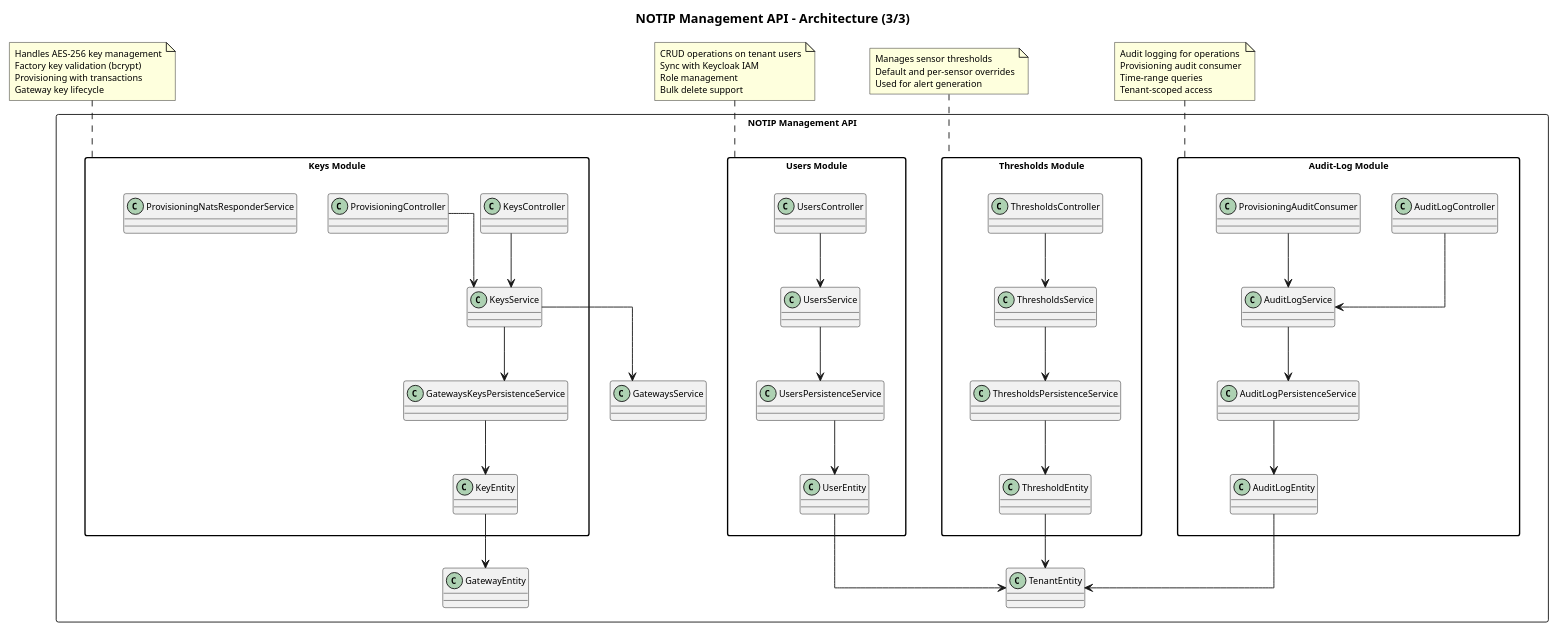
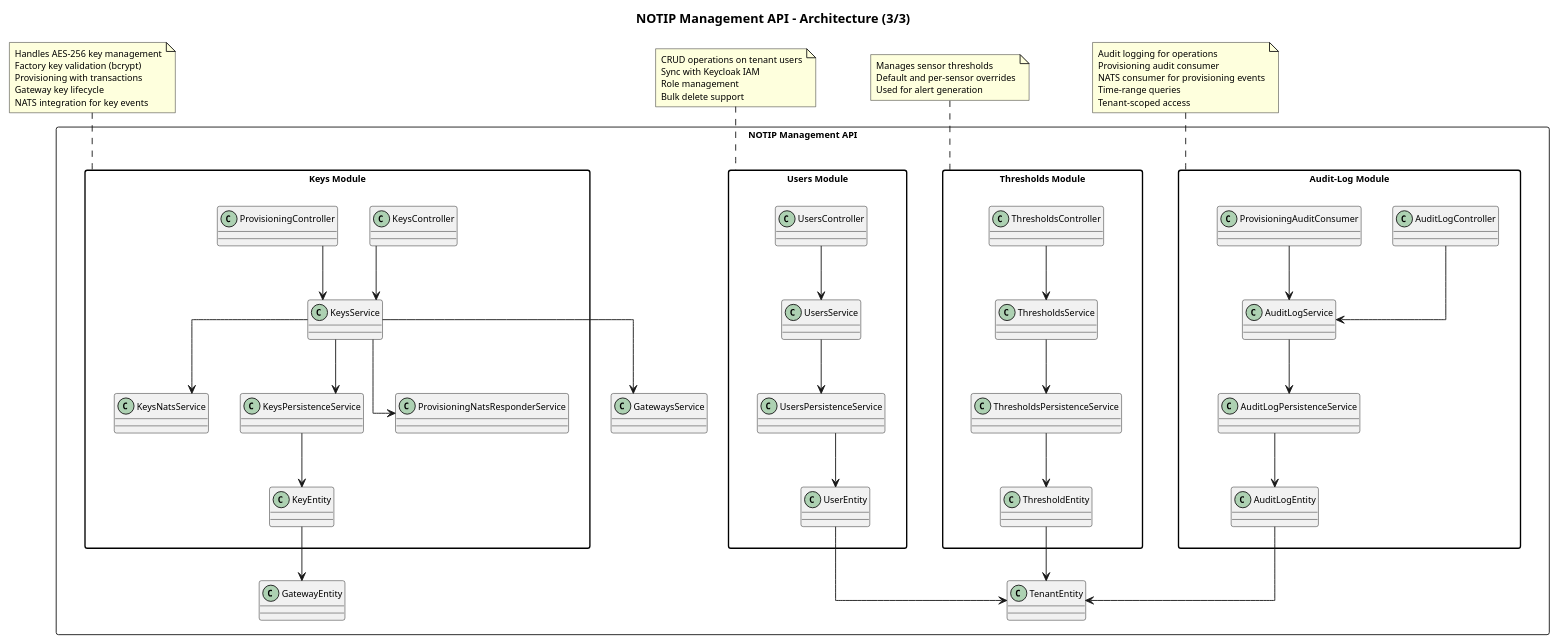
Before and after one commit to NoTIPswe/RepoDocumentale: the diagram in docs/13-pb/docest/specifica_tecnica_management_api/assets/01-app-architecture-part3.puml, drawn with PlantUML. The commit also changed 7 other files, not shown here.

Commit message:
fix: immagini diagrammi

```diff
--- a/docs/13-pb/docest/specifica_tecnica_management_api/assets/01-app-architecture-part3.puml
+++ b/docs/13-pb/docest/specifica_tecnica_management_api/assets/01-app-architecture-part3.puml
@@ -1,97 +1,102 @@
 @startuml
 title NOTIP Management API - Architecture (3/3)
 
 skinparam backgroundColor #FFFFFF
 skinparam defaultFontSize 10
 skinparam defaultFontColor #000000
 skinparam linetype ortho
 skinparam packageStyle rectangle
 
 package "NOTIP Management API" <<Rectangle>> {
   package "Keys Module" as KeysModule {
     class "KeysController" as KeysController
     class "ProvisioningController" as ProvisioningController
     class "KeysService" as KeysService
-    class "GatewaysKeysPersistenceService" as GatewaysKeysPersistenceService
+    class "KeysNatsService" as KeysNatsService
+    class "KeysPersistenceService" as KeysPersistenceService
     class "ProvisioningNatsResponderService" as ProvisioningNatsResponderService
     class "KeyEntity" as KeyEntity
   }
 
   package "Users Module" as UsersModule {
     class "UsersController" as UsersController
     class "UsersService" as UsersService
     class "UsersPersistenceService" as UsersPersistenceService
     class "UserEntity" as UserEntity
   }
 
   package "Thresholds Module" as ThresholdsModule {
     class "ThresholdsController" as ThresholdsController
     class "ThresholdsService" as ThresholdsService
     class "ThresholdsPersistenceService" as ThresholdsPersistenceService
     class "ThresholdEntity" as ThresholdEntity
   }
 
   package "Audit-Log Module" as AuditLogModule {
     class "AuditLogController" as AuditLogController
     class "AuditLogService" as AuditLogService
     class "AuditLogPersistenceService" as AuditLogPersistenceService
     class "ProvisioningAuditConsumer" as ProvisioningAuditConsumer
     class "AuditLogEntity" as AuditLogEntity
   }
 
   ' Keys relationships
   KeysController --> KeysService
   ProvisioningController --> KeysService
-  KeysService --> GatewaysKeysPersistenceService
+  KeysService --> KeysPersistenceService
+  KeysService --> KeysNatsService
+  KeysService --> ProvisioningNatsResponderService
   KeysService --> GatewaysService
-  GatewaysKeysPersistenceService --> KeyEntity
+  KeysPersistenceService --> KeyEntity
   KeyEntity --> GatewayEntity
 
   ' Users relationships
   UsersController --> UsersService
   UsersService --> UsersPersistenceService
   UsersPersistenceService --> UserEntity
   UserEntity --> TenantEntity
 
   ' Thresholds relationships
   ThresholdsController --> ThresholdsService
   ThresholdsService --> ThresholdsPersistenceService
   ThresholdsPersistenceService --> ThresholdEntity
   ThresholdEntity --> TenantEntity
 
   ' Audit-Log relationships
   AuditLogController --> AuditLogService
   AuditLogService --> AuditLogPersistenceService
   AuditLogPersistenceService --> AuditLogEntity
   AuditLogEntity --> TenantEntity
   ProvisioningAuditConsumer --> AuditLogService
 }
 
 note top of KeysModule
   Handles AES-256 key management
   Factory key validation (bcrypt)
   Provisioning with transactions
   Gateway key lifecycle
+  NATS integration for key events
 end note
 
 note top of UsersModule
   CRUD operations on tenant users
   Sync with Keycloak IAM
   Role management
   Bulk delete support
 end note
 
 note top of ThresholdsModule
   Manages sensor thresholds
   Default and per-sensor overrides
   Used for alert generation
 end note
 
 note top of AuditLogModule
   Audit logging for operations
   Provisioning audit consumer
+  NATS consumer for provisioning events
   Time-range queries
   Tenant-scoped access
 end note
 
 @enduml
```
